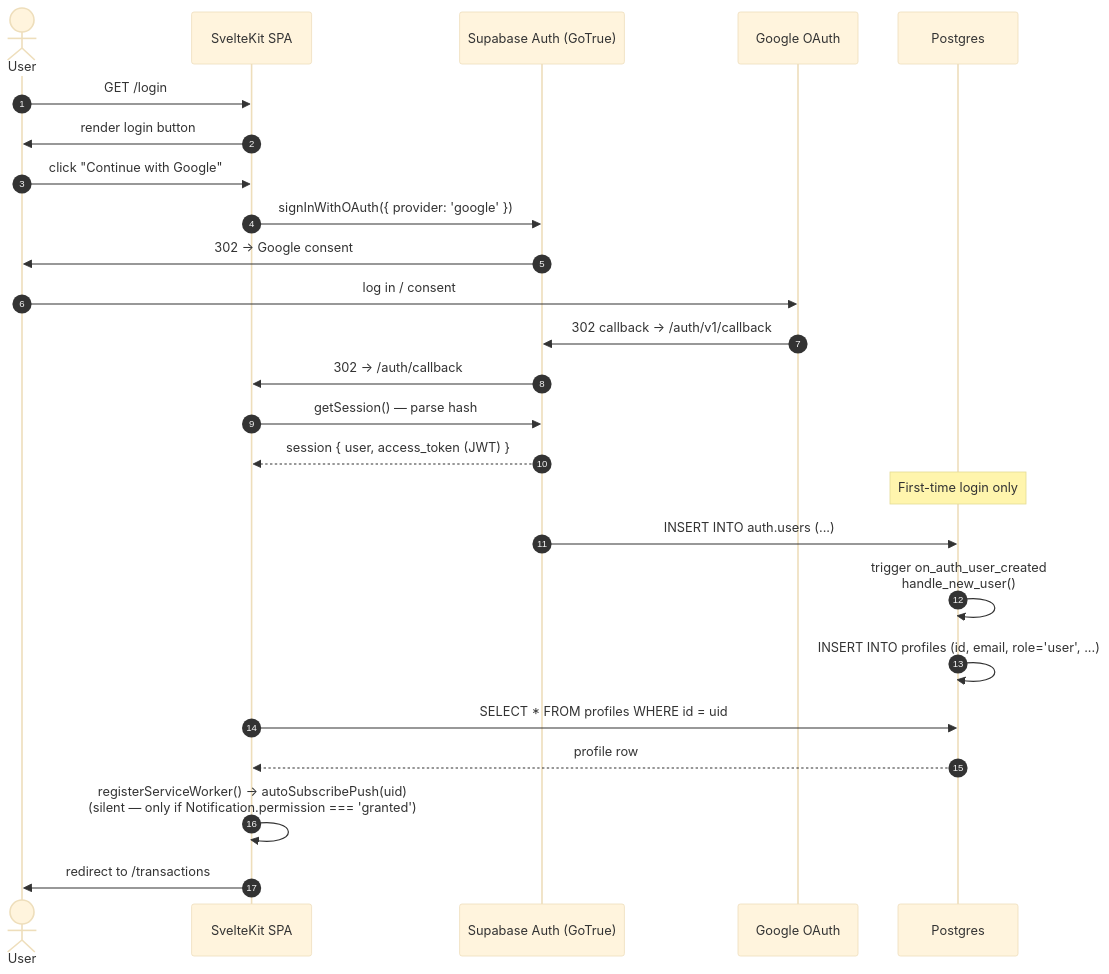
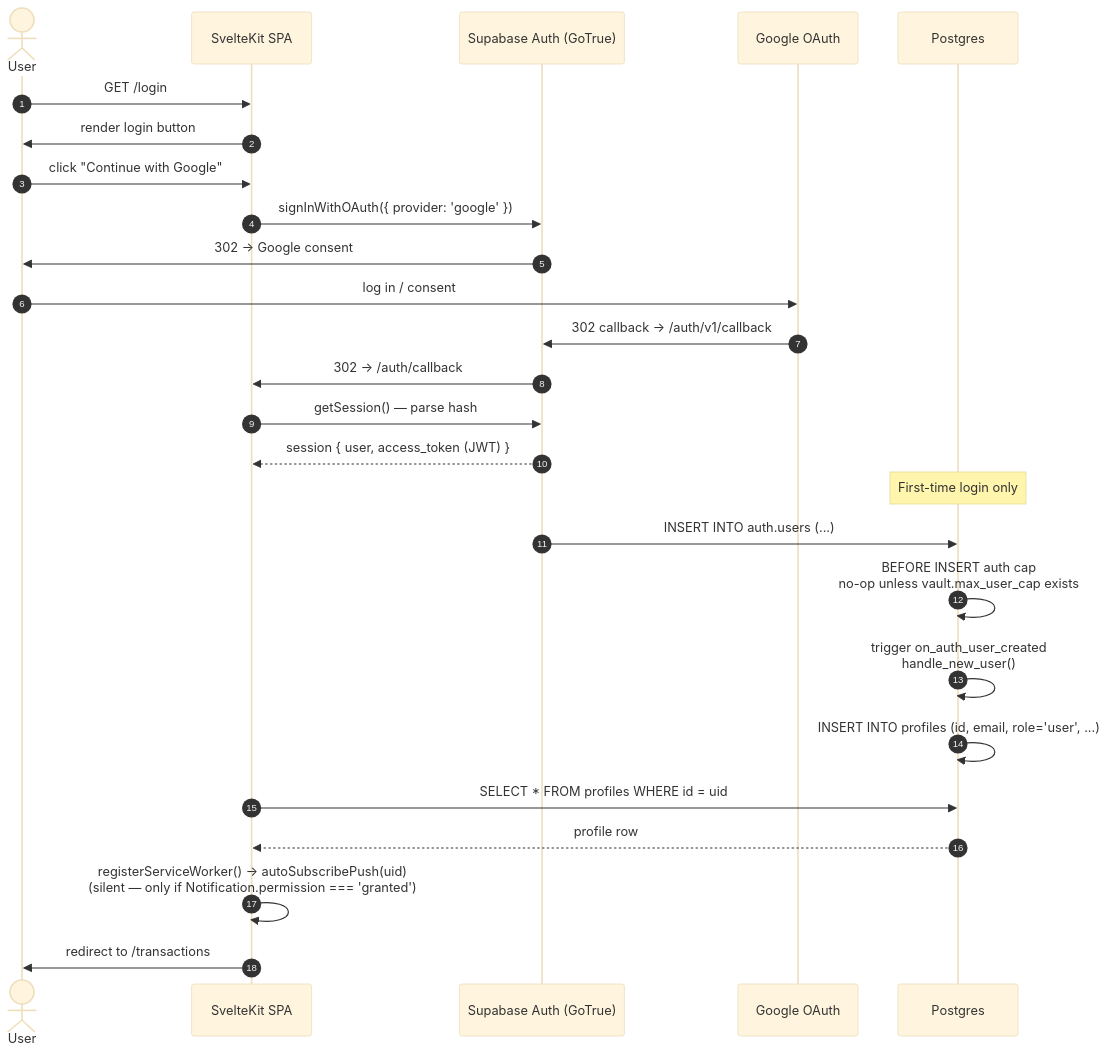
The first of 3 diagrams in docs/architecture/flows/auth.md (adrianghub/portfelik), drawn with Mermaid (base theme) before and after one commit. The commit also changed other lines of this file and 50 other files, not shown here.

````diff
--- a/docs/architecture/flows/auth.md
+++ b/docs/architecture/flows/auth.md
@@ -7,30 +7,31 @@
 ```mermaid
 sequenceDiagram
     autonumber
     actor U as User
     participant SPA as SvelteKit SPA
     participant SB as Supabase Auth (GoTrue)
     participant G as Google OAuth
     participant DB as Postgres
 
     U->>SPA: GET /login
     SPA->>U: render login button
     U->>SPA: click "Continue with Google"
     SPA->>SB: signInWithOAuth({ provider: 'google' })
     SB->>U: 302 → Google consent
     U->>G: log in / consent
     G->>SB: 302 callback → /auth/v1/callback
     SB->>SPA: 302 → /auth/callback#access_token=...
     SPA->>SB: getSession() — parse hash
     SB-->>SPA: session { user, access_token (JWT) }
 
     Note over DB: First-time login only
     SB->>DB: INSERT INTO auth.users (...)
+    DB->>DB: BEFORE INSERT auth cap<br/>no-op unless vault.max_user_cap exists
     DB->>DB: trigger on_auth_user_created<br/>handle_new_user()
     DB->>DB: INSERT INTO profiles (id, email, role='user', ...)
 
     SPA->>DB: SELECT * FROM profiles WHERE id = uid
     DB-->>SPA: profile row
     SPA->>SPA: registerServiceWorker() → autoSubscribePush(uid)<br/>(silent — only if Notification.permission === 'granted')
     SPA->>U: redirect to /transactions
 ```
````
